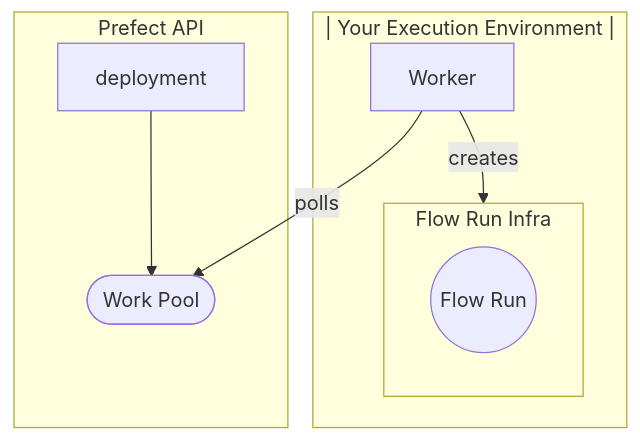
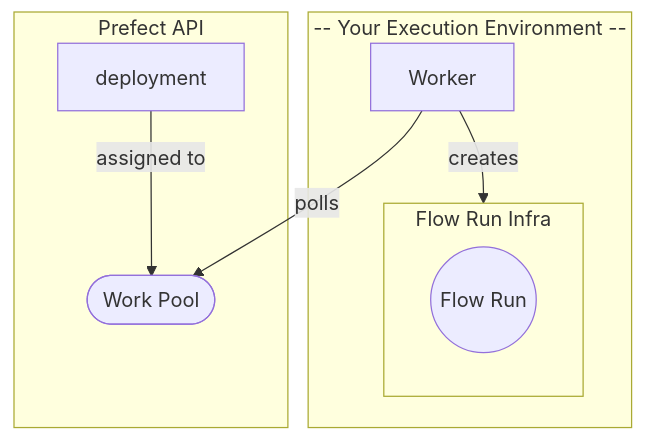
The diagram in docs/tutorial/workers_workpools.md (PrefectHQ/prefect), drawn with Mermaid before and after one commit. The commit also changed other lines of this file, not shown here.

````diff
--- a/docs/tutorial/workers_workpools.md
+++ b/docs/tutorial/workers_workpools.md
@@ -55,18 +59,18 @@
 ```mermaid
 graph TD;
-    subgraph your_infra["|  Your Execution Environment  |"]
+    subgraph your_infra["-- Your Execution Environment --"]
         worker["Worker"]
-				subgraph flow_run_infra["Flow Run Infra"]
+				subgraph flow_run_infra[Flow Run Infra]
 					flow_run(("Flow Run"))
 				end
         
     end
 
     subgraph api["Prefect API"]
-				deployment --> work_pool
+				deployment --> |assigned to| work_pool
         work_pool(["Work Pool"])
     end
 
     worker --> |polls| work_pool
     worker --> |creates| flow_run_infra
 ```
````
